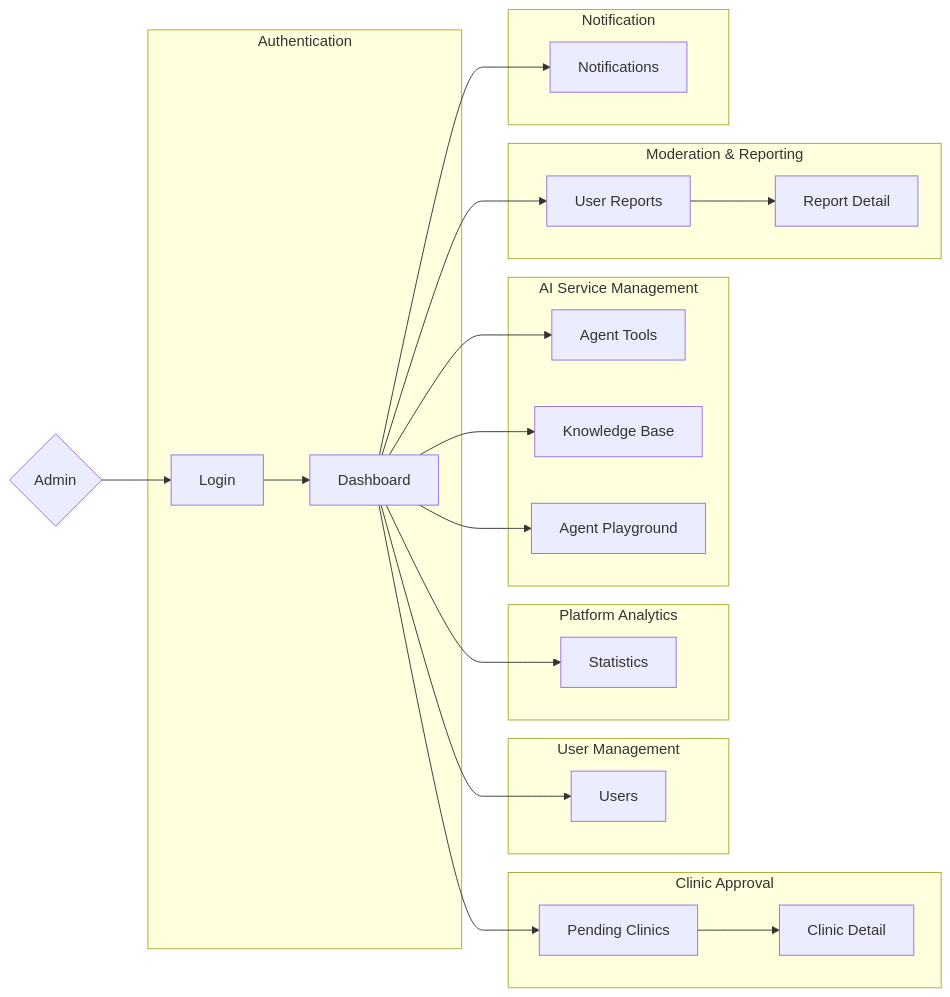
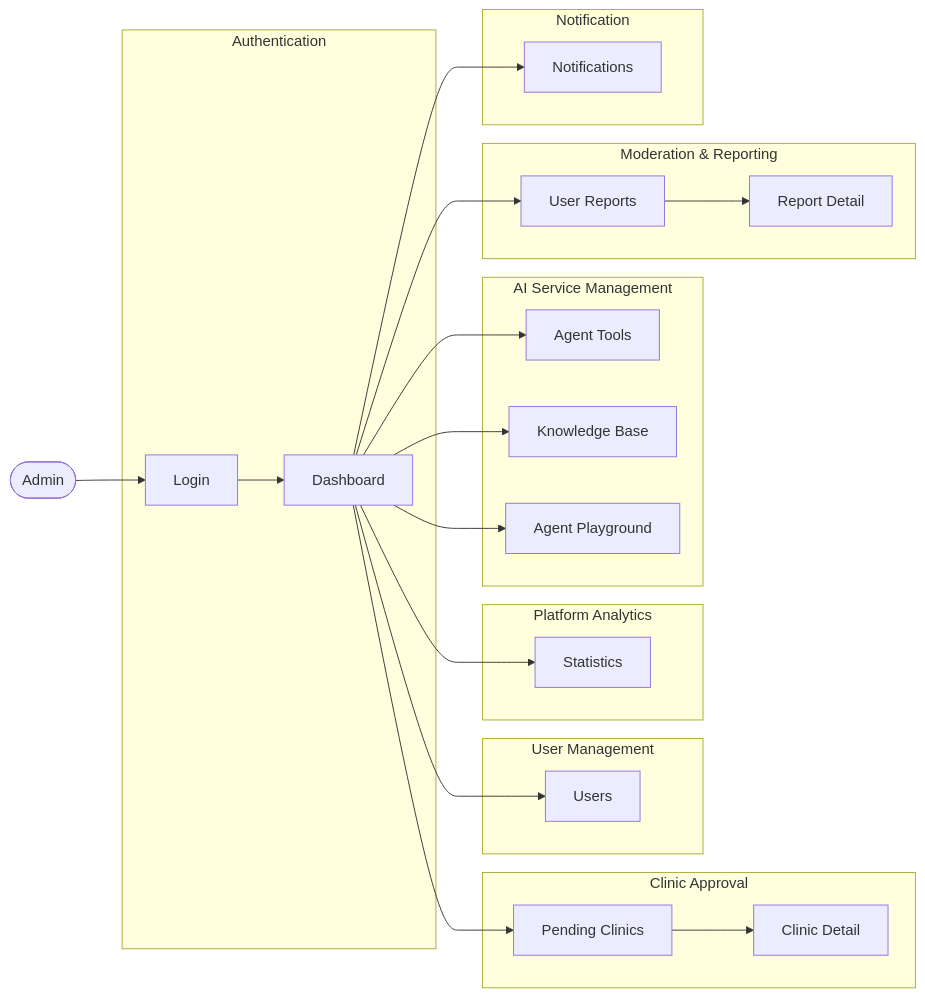
The eighth of 9 diagrams in docs-references/documentation/SRS/PETTIES_SRS.md (espresso23/Petties-Veterinary-Appointment-Booking-Platform), drawn with Mermaid before and after one commit. The commit also changed other lines of this file and 105 other files, not shown here.

````diff
--- a/docs-references/documentation/SRS/PETTIES_SRS.md
+++ b/docs-references/documentation/SRS/PETTIES_SRS.md
@@ -528,36 +517,36 @@
 ```mermaid
 flowchart LR
-    ADMIN{Admin} --> Login
+    ADMIN([Admin]) --> Login
 
     subgraph Authentication
         Login --> Dashboard
     end
 
     subgraph Clinic_Approval[Clinic Approval]
         Dashboard --> PendingClinics[Pending Clinics]
         PendingClinics --> ClinicDetail[Clinic Detail]
     end
 
     subgraph User_Management[User Management]
         Dashboard --> Users
     end
 
     subgraph Platform_Analytics[Platform Analytics]
         Dashboard --> Statistics
     end
 
     subgraph AI_Service_Management[AI Service Management]
         Dashboard --> AgentTools[Agent Tools]
         Dashboard --> KnowledgeBase[Knowledge Base]
         Dashboard --> AgentPlayground[Agent Playground]
     end
 
     subgraph Moderation_Reporting[Moderation & Reporting]
         Dashboard --> UserReports[User Reports]
         UserReports --> ReportDetail[Report Detail]
     end
 
     subgraph Notification
         Dashboard --> Notifications
     end
 ```
````
